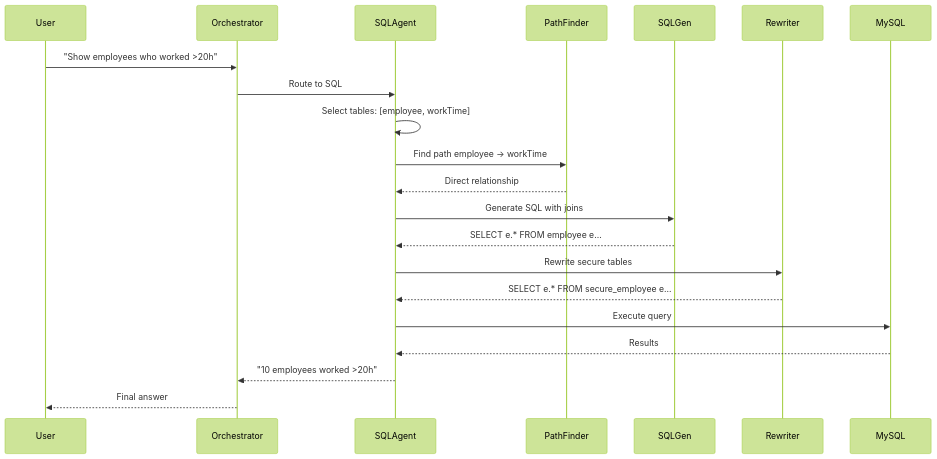
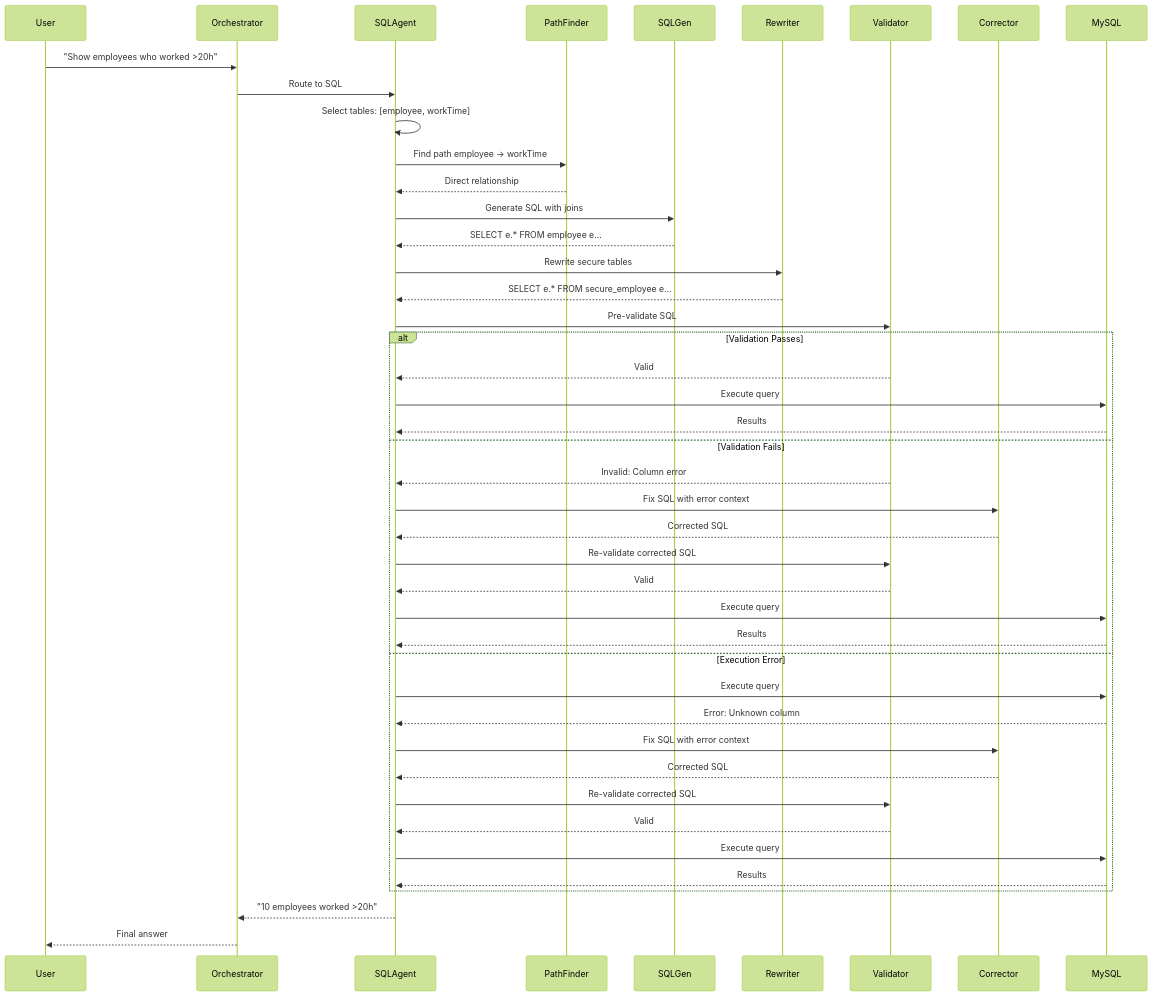
The tenth of 12 diagrams in docs/ARCHITECTURE.md (sandinosaso/advanced-ai-agent), drawn with Mermaid (forest theme) before and after one commit. The commit also changed other lines of this file and 3 other files, not shown here.

Commit message:
Agent with pre validation and correction of sql queries with retry

````diff
--- a/docs/ARCHITECTURE.md
+++ b/docs/ARCHITECTURE.md
@@ -353,24 +469,49 @@
 ```mermaid
 sequenceDiagram
     participant User
     participant Orchestrator
     participant SQLAgent
     participant PathFinder
     participant SQLGen
     participant Rewriter
+    participant Validator
+    participant Corrector
     participant MySQL
     
     User->>Orchestrator: "Show employees who worked >20h"
     Orchestrator->>SQLAgent: Route to SQL
     SQLAgent->>SQLAgent: Select tables: [employee, workTime]
     SQLAgent->>PathFinder: Find path employee → workTime
     PathFinder-->>SQLAgent: Direct relationship
     SQLAgent->>SQLGen: Generate SQL with joins
     SQLGen-->>SQLAgent: SELECT e.* FROM employee e...
     SQLAgent->>Rewriter: Rewrite secure tables
     Rewriter-->>SQLAgent: SELECT e.* FROM secure_employee e...
-    SQLAgent->>MySQL: Execute query
-    MySQL-->>SQLAgent: Results
+    SQLAgent->>Validator: Pre-validate SQL
+    
+    alt Validation Passes
+        Validator-->>SQLAgent: Valid
+        SQLAgent->>MySQL: Execute query
+        MySQL-->>SQLAgent: Results
+    else Validation Fails
+        Validator-->>SQLAgent: Invalid: Column error
+        SQLAgent->>Corrector: Fix SQL with error context
+        Corrector-->>SQLAgent: Corrected SQL
+        SQLAgent->>Validator: Re-validate corrected SQL
+        Validator-->>SQLAgent: Valid
+        SQLAgent->>MySQL: Execute query
+        MySQL-->>SQLAgent: Results
+    else Execution Error
+        SQLAgent->>MySQL: Execute query
+        MySQL-->>SQLAgent: Error: Unknown column
+        SQLAgent->>Corrector: Fix SQL with error context
+        Corrector-->>SQLAgent: Corrected SQL
+        SQLAgent->>Validator: Re-validate corrected SQL
+        Validator-->>SQLAgent: Valid
+        SQLAgent->>MySQL: Execute query
+        MySQL-->>SQLAgent: Results
+    end
+    
     SQLAgent-->>Orchestrator: "10 employees worked >20h"
     Orchestrator-->>User: Final answer
 ```
````
